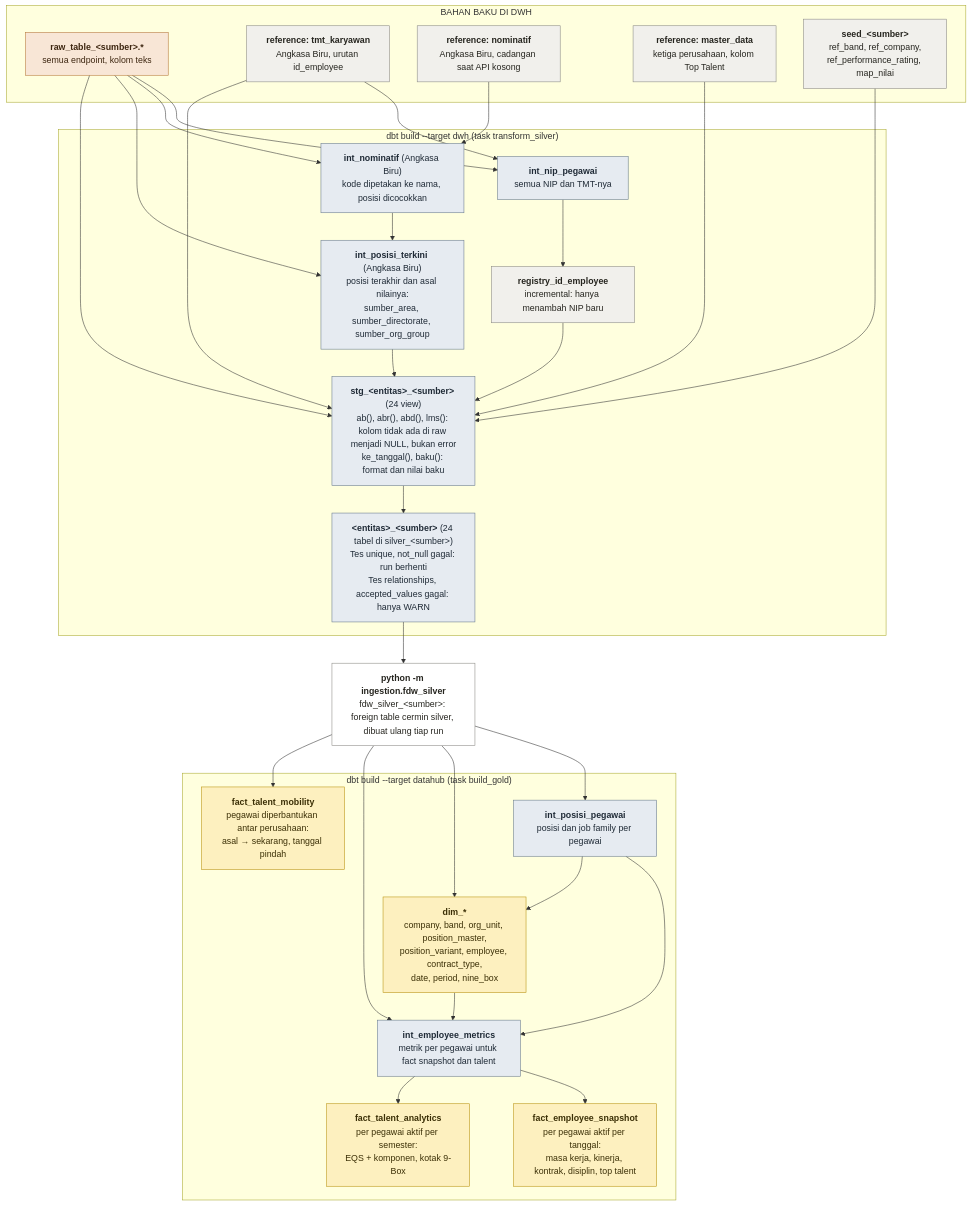
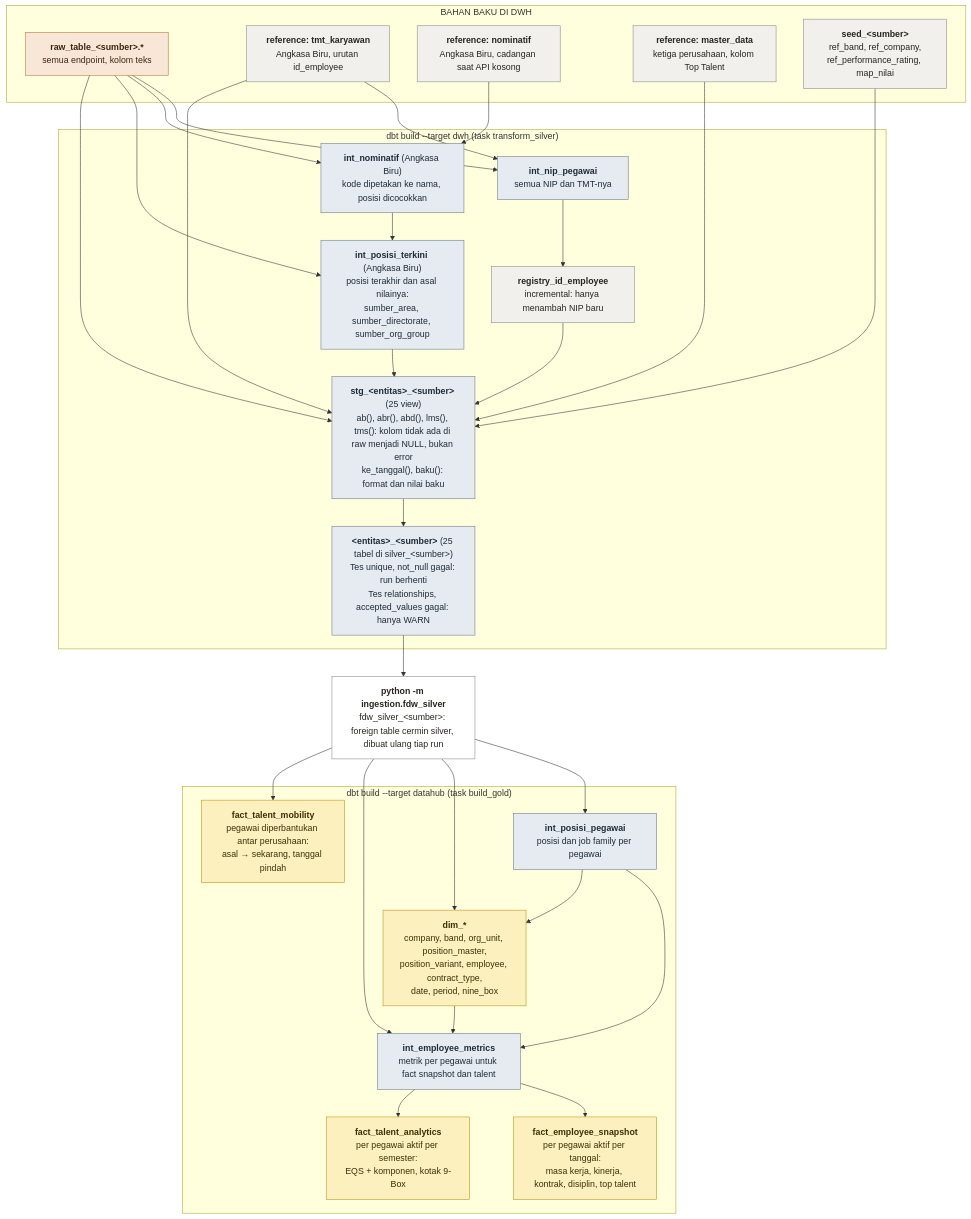
One commit to habiebdymiati/final_project_dibimibing changed the diagram in docs/diagrams/proses-4-dbt.mmd. Above: the diagram before and after it, drawn with Mermaid. The commit also changed 17 other files, not shown here.

```diff
--- a/docs/diagrams/proses-4-dbt.mmd
+++ b/docs/diagrams/proses-4-dbt.mmd
@@ -1,59 +1,59 @@
 flowchart TB
     subgraph MASUK["BAHAN BAKU DI DWH"]
         RT["<b>raw_table_#lt;sumber#gt;.*</b><br/>semua endpoint, kolom teks"]:::raw
         TMT["<b>reference: tmt_karyawan</b><br/>Angkasa Biru, urutan id_employee"]:::pendukung
         NOM["<b>reference: nominatif</b><br/>Angkasa Biru, cadangan saat API kosong"]:::pendukung
         MD["<b>reference: master_data</b><br/>ketiga perusahaan, kolom Top Talent"]:::pendukung
         SEED["<b>seed_#lt;sumber#gt;</b><br/>ref_band, ref_company,<br/>ref_performance_rating, map_nilai"]:::pendukung
     end
 
     subgraph TARGETDWH["dbt build --target dwh (task transform_silver)"]
         NIP["<b>int_nip_pegawai</b><br/>semua NIP dan TMT-nya"]:::silver
         REG["<b>registry_id_employee</b><br/>incremental: hanya menambah NIP baru"]:::pendukung
         INOM["<b>int_nominatif</b> (Angkasa Biru)<br/>kode dipetakan ke nama, posisi dicocokkan"]:::silver
         POS["<b>int_posisi_terkini</b> (Angkasa Biru)<br/>posisi terakhir dan asal nilainya:<br/>sumber_area, sumber_directorate, sumber_org_group"]:::silver
-        STG["<b>stg_#lt;entitas#gt;_#lt;sumber#gt;</b> (24 view)<br/>ab(), abr(), abd(), lms(): kolom tidak ada di raw menjadi NULL, bukan error<br/>ke_tanggal(), baku(): format dan nilai baku"]:::silver
-        SIL["<b>#lt;entitas#gt;_#lt;sumber#gt;</b> (24 tabel di silver_#lt;sumber#gt;)<br/>Tes unique, not_null gagal: run berhenti<br/>Tes relationships, accepted_values gagal: hanya WARN"]:::silver
+        STG["<b>stg_#lt;entitas#gt;_#lt;sumber#gt;</b> (25 view)<br/>ab(), abr(), abd(), lms(), tms(): kolom tidak ada di raw menjadi NULL, bukan error<br/>ke_tanggal(), baku(): format dan nilai baku"]:::silver
+        SIL["<b>#lt;entitas#gt;_#lt;sumber#gt;</b> (25 tabel di silver_#lt;sumber#gt;)<br/>Tes unique, not_null gagal: run berhenti<br/>Tes relationships, accepted_values gagal: hanya WARN"]:::silver
     end
 
     FDW["<b>python -m ingestion.fdw_silver</b><br/>fdw_silver_#lt;sumber#gt;: foreign table cermin silver, dibuat ulang tiap run"]:::kerja
 
     subgraph TARGETHUB["dbt build --target datahub (task build_gold)"]
         IP["<b>int_posisi_pegawai</b><br/>posisi dan job family per pegawai"]:::silver
         IM["<b>int_employee_metrics</b><br/>metrik per pegawai untuk fact snapshot dan talent"]:::silver
         DIM["<b>dim_*</b><br/>company, band, org_unit, position_master,<br/>position_variant, employee, contract_type,<br/>date, period, nine_box"]:::gold
         F1["<b>fact_employee_snapshot</b><br/>per pegawai aktif per tanggal:<br/>masa kerja, kinerja, kontrak, disiplin, top talent"]:::gold
         F2["<b>fact_talent_analytics</b><br/>per pegawai aktif per semester:<br/>EQS + komponen, kotak 9-Box"]:::gold
         F3["<b>fact_talent_mobility</b><br/>pegawai diperbantukan antar perusahaan:<br/>asal #8594; sekarang, tanggal pindah"]:::gold
     end
 
     RT --> NIP
     TMT --> NIP
     NIP --> REG
     RT --> INOM
     NOM --> INOM
     INOM --> POS
     RT --> POS
     RT --> STG
     TMT --> STG
     MD --> STG
     SEED --> STG
     REG --> STG
     POS --> STG
     STG --> SIL
     SIL --> FDW
     FDW --> IP
     FDW --> DIM
     FDW --> IM
     IP --> IM
     IP --> DIM
     DIM --> IM
     IM --> F1
     IM --> F2
     FDW --> F3
 
     classDef raw fill:#f8e6d6,stroke:#b5763a,color:#3d2610;
     classDef pendukung fill:#f1f0ec,stroke:#8a8984,color:#26251f;
     classDef silver fill:#e6ebf1,stroke:#66788c,color:#1f2a36;
     classDef gold fill:#fdf0bf,stroke:#b8920f,color:#3b2f06;
     classDef kerja fill:#ffffff,stroke:#8a8984,color:#26251f;
```
